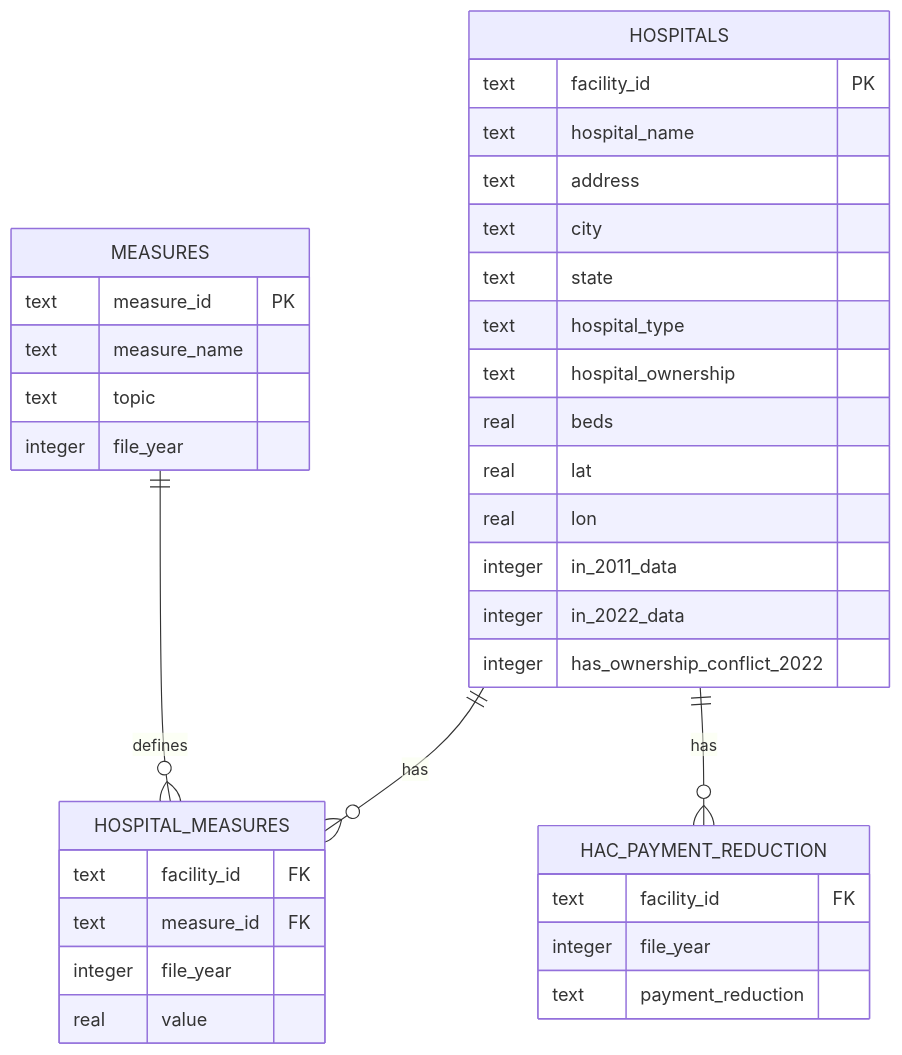
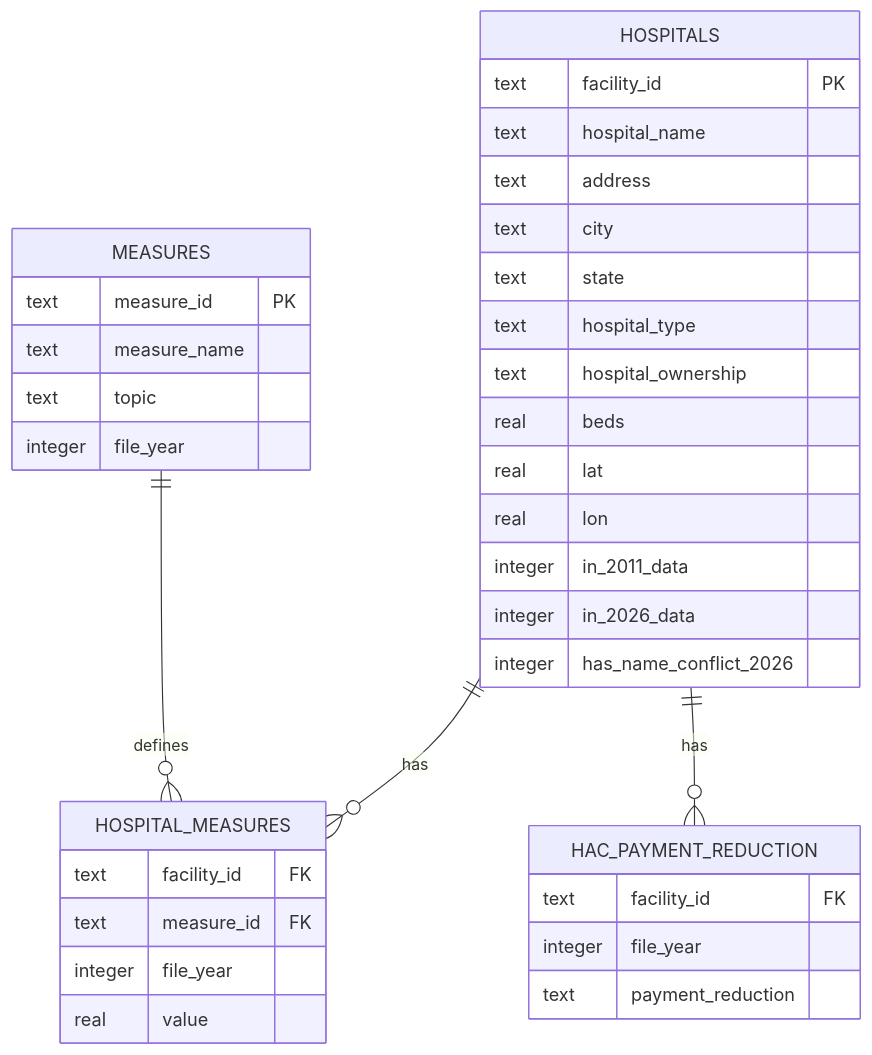
One commit to susmitag6/Multi-Source-Hospital-ETL-SQL changed the diagram in README.md. Above: the diagram before and after it, drawn with Mermaid. The commit also changed other lines of this file, not shown here.

````diff
--- a/README.md
+++ b/README.md
@@ -34,39 +44,39 @@
 ```mermaid
 erDiagram
     HOSPITALS ||--o{ HOSPITAL_MEASURES : has
     HOSPITALS ||--o{ HAC_PAYMENT_REDUCTION : has
     MEASURES  ||--o{ HOSPITAL_MEASURES : defines
 
     HOSPITALS {
         text facility_id PK
         text hospital_name
         text address
         text city
         text state
         text hospital_type
         text hospital_ownership
         real beds
         real lat
         real lon
         integer in_2011_data
-        integer in_2022_data
-        integer has_ownership_conflict_2022
+        integer in_2026_data
+        integer has_name_conflict_2026
     }
     MEASURES {
         text measure_id PK
         text measure_name
         text topic
         integer file_year
     }
     HOSPITAL_MEASURES {
         text facility_id FK
         text measure_id FK
         integer file_year
         real value
     }
     HAC_PAYMENT_REDUCTION {
         text facility_id FK
         integer file_year
         text payment_reduction
     }
 ```
````
